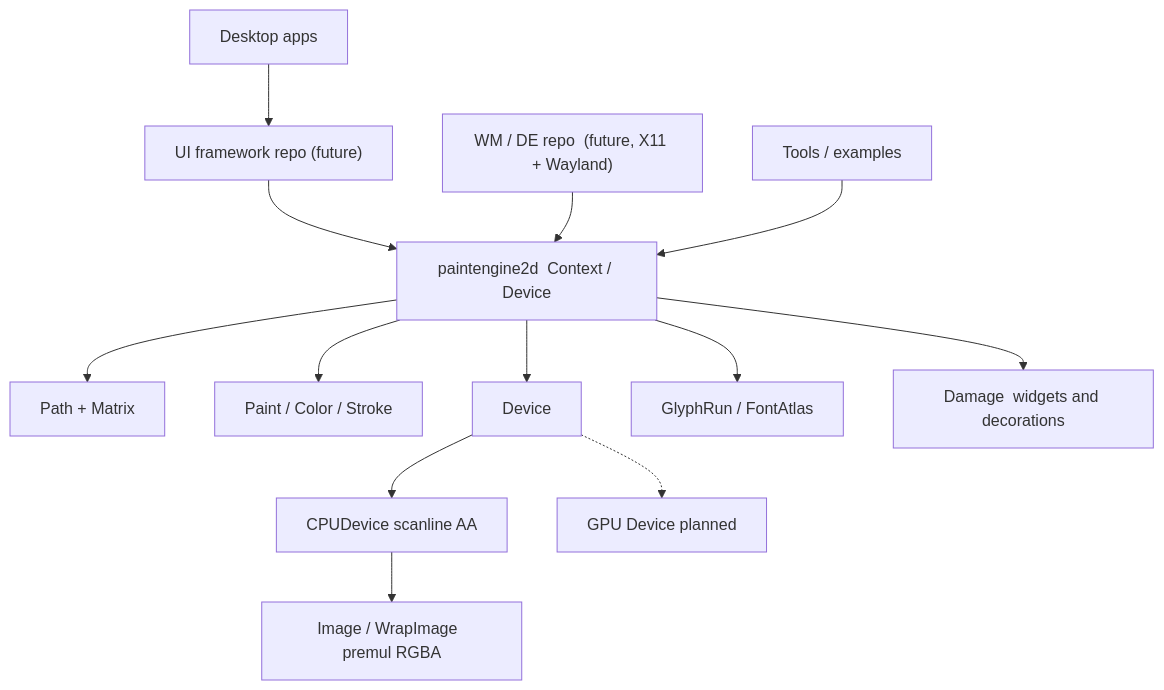
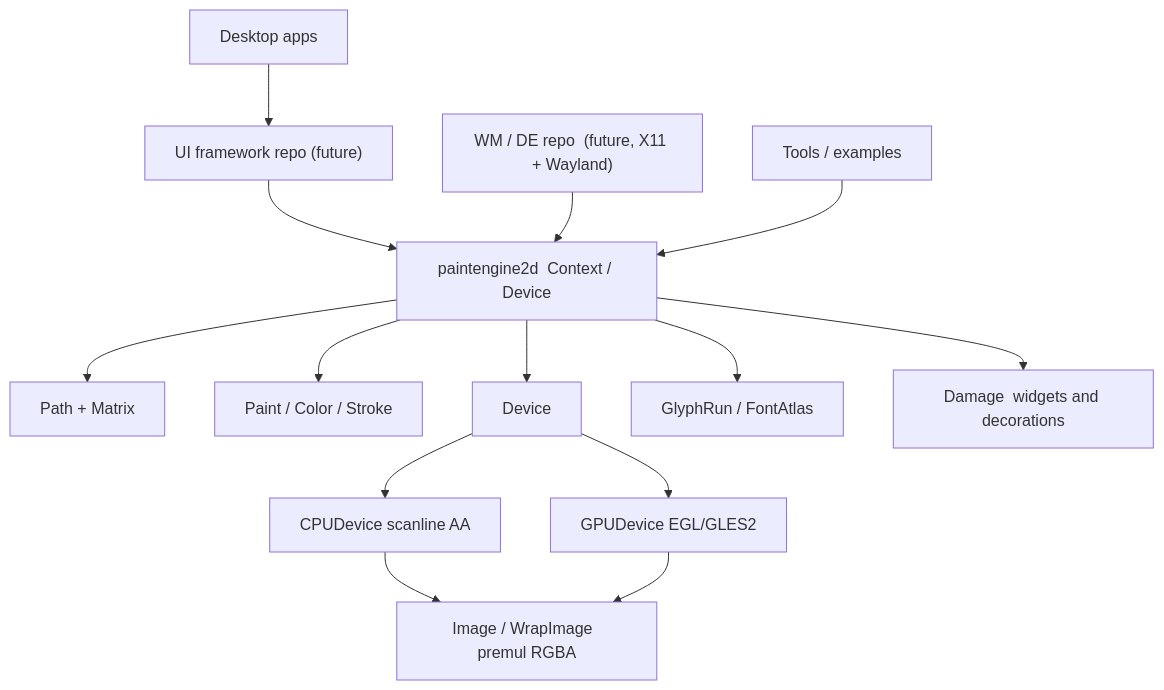
One commit to codemodify/paintengine2d changed the diagram in README.md. Above: the diagram before and after it, drawn with Mermaid. The commit also changed other lines of this file and 14 other files, not shown here.

First line of the commit message:
feat: v0.8.0 GPU device via Linux EGL/GLES2

````diff
--- a/README.md
+++ b/README.md
@@ -168,15 +170,16 @@
 ```mermaid
 flowchart TB
     Apps["Desktop apps"] --> Fw["UI framework repo  (future)"]
     Fw --> Eng["paintengine2d  Context / Device"]
     WM["WM / DE repo  (future, X11 + Wayland)"] --> Eng
     Tools["Tools / examples"] --> Eng
     Eng --> Path["Path + Matrix"]
     Eng --> Paint["Paint / Color / Stroke"]
     Eng --> Dev["Device"]
     Dev --> CPU["CPUDevice  scanline AA"]
-    Dev -.-> GPU["GPU Device  planned"]
+    Dev --> GPU["GPUDevice  EGL/GLES2"]
     CPU --> Pix["Image / WrapImage  premul RGBA"]
+    GPU --> Pix
     Eng --> Text["GlyphRun / FontAtlas"]
     Eng --> Dmg["Damage  widgets and decorations"]
 ```
````
